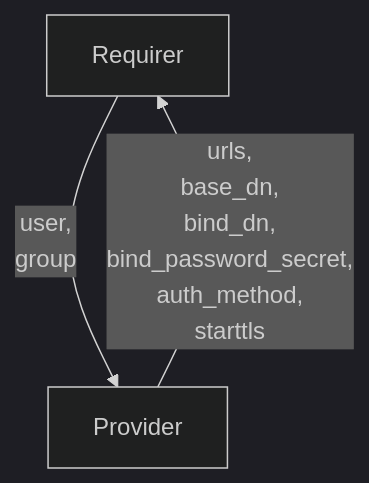
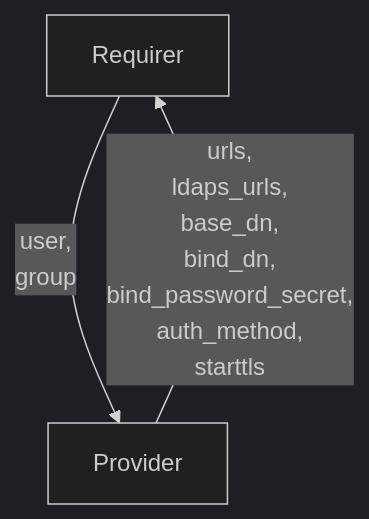
The diagram in interfaces/ldap/interface/v0/README.md (canonical/charmlibs), drawn with Mermaid (dark theme) before and after one commit. The commit also changed other lines of this file and 7 other files, not shown here.

````diff
--- a/interfaces/ldap/interface/v0/README.md
+++ b/interfaces/ldap/interface/v0/README.md
@@ -17,5 +17,5 @@
 ```mermaid
 flowchart TD
     Requirer -- user, \ngroup --> Provider
-    Provider -- urls, \nbase_dn, \nbind_dn, \nbind_password_secret, \nauth_method, \nstarttls --> Requirer
+    Provider -- urls, \nldaps_urls, \nbase_dn, \nbind_dn, \nbind_password_secret, \nauth_method, \nstarttls --> Requirer
 ```
````
